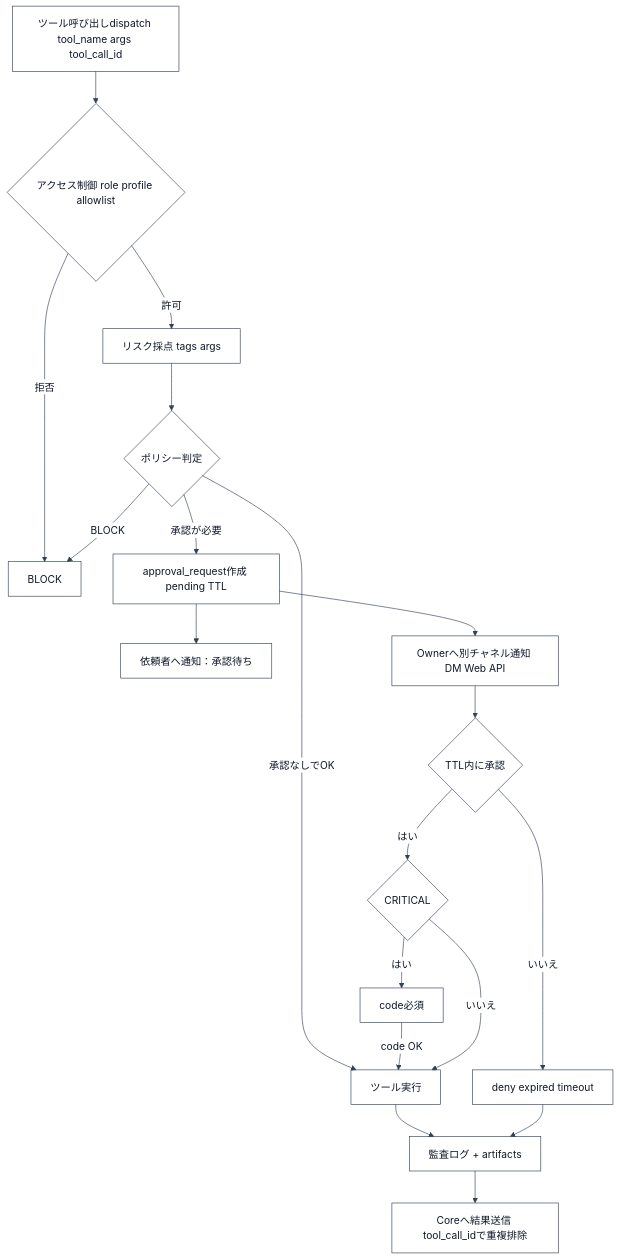
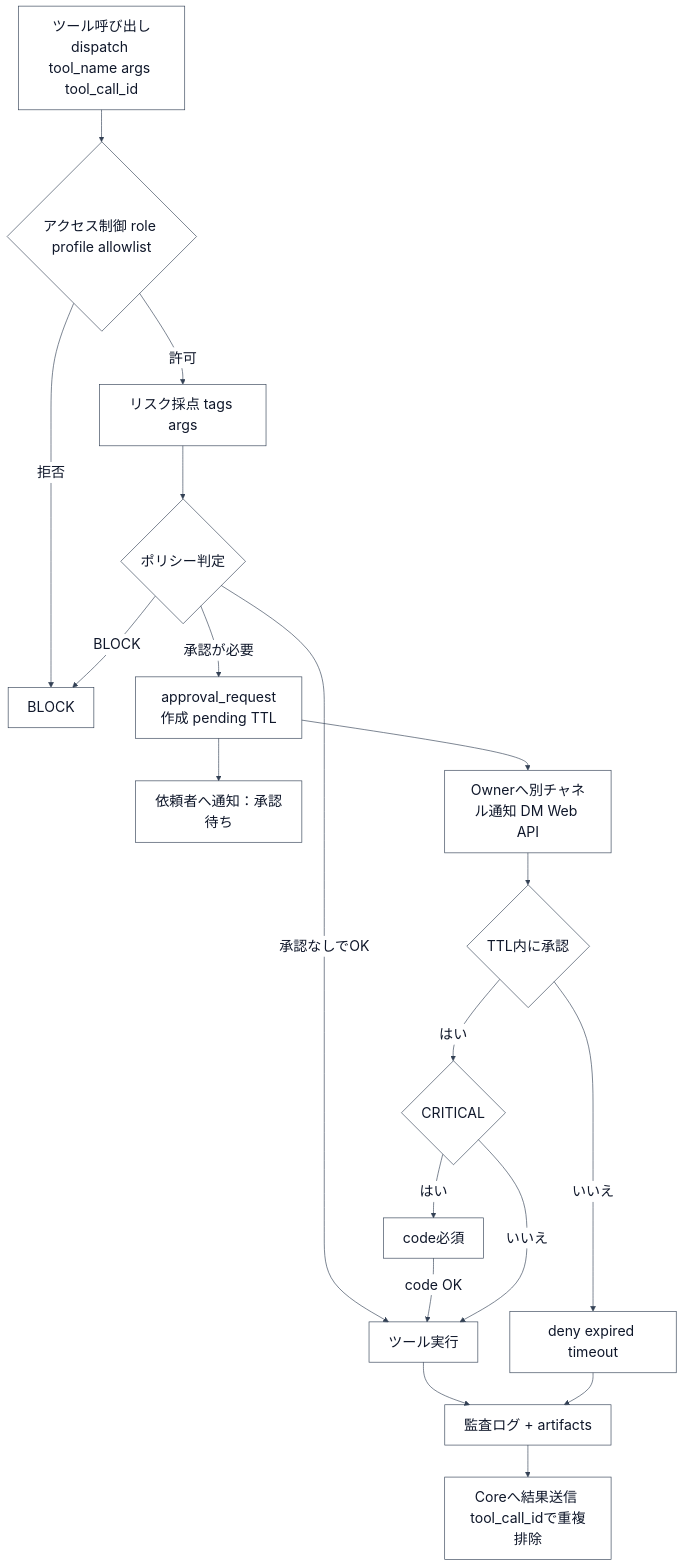
Before and after one commit to YoneRai12/YonerAI: the diagram in docs/diagrams/tool_policy_and_approvals_flow_jp.mmd, drawn with Mermaid. The commit also changed 35 other files, not shown here.

Commit message:
docs: improve diagram readability

```diff
--- a/docs/diagrams/tool_policy_and_approvals_flow_jp.mmd
+++ b/docs/diagrams/tool_policy_and_approvals_flow_jp.mmd
@@ -1,32 +1,32 @@
 %%{init: {"theme":"base","themeVariables":{
   "mainBkg":"transparent",
   "textColor":"#0f172a",
   "lineColor":"#334155",
   "primaryColor":"#ffffff",
   "primaryTextColor":"#0f172a",
   "primaryBorderColor":"#334155",
   "noteBkgColor":"#f8fafc",
   "noteTextColor":"#0f172a",
   "noteBorderColor":"#334155",
-  "fontSize":"16px"
+  "fontSize":"22px"
 }}}%%
 
 flowchart TD
   A[ツール呼び出しdispatch tool_name args tool_call_id] --> B{アクセス制御 role profile allowlist}
   B -->|拒否| X[BLOCK]
   B -->|許可| C[リスク採点 tags args]
   C --> D{ポリシー判定}
   D -->|BLOCK| X
   D -->|承認なしでOK| E[ツール実行]
   D -->|承認が必要| F[approval_request作成 pending TTL]
   F --> G[依頼者へ通知：承認待ち]
   F --> H[Ownerへ別チャネル通知 DM Web API]
   H --> I{TTL内に承認}
   I -->|いいえ| J[deny expired timeout]
   I -->|はい| K{CRITICAL}
   K -->|はい| L[code必須]
   L -->|code OK| E
   K -->|いいえ| E
   E --> M[監査ログ + artifacts]
   J --> M
   M --> N[Coreへ結果送信 tool_call_idで重複排除]
```
